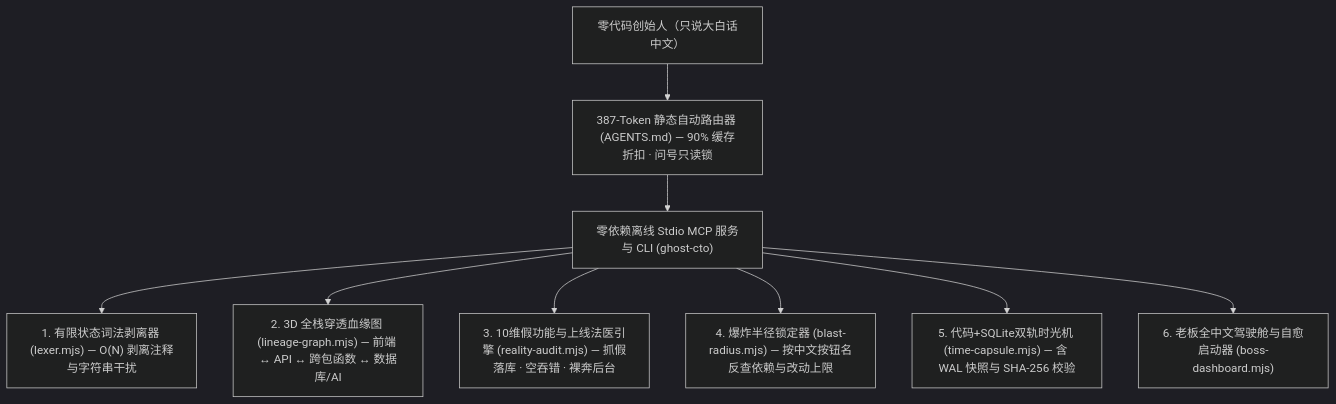
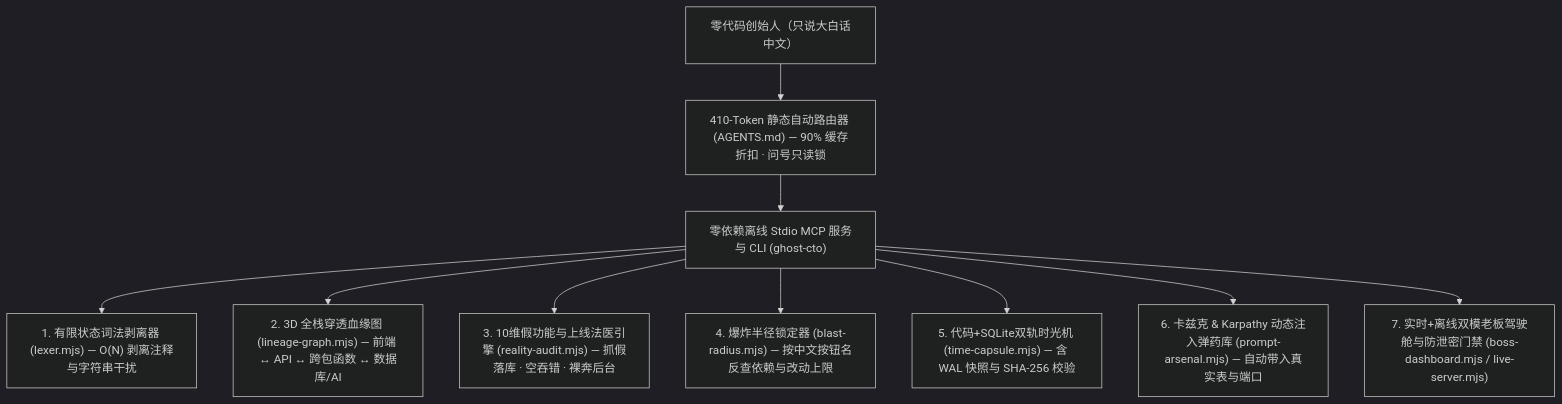
One commit to liyunhu1992-ux/ghost-cto changed the diagram in README.md. Above: the diagram before and after it, drawn with Mermaid (dark theme). The commit also changed other lines of this file and 4 other files, not shown here.

````diff
--- a/README.md
+++ b/README.md
@@ -91,11 +95,12 @@
 ```mermaid
 flowchart TD
-    User["零代码创始人（只说大白话中文）"] --> Router["387-Token 静态自动路由器 (AGENTS.md) — 90% 缓存折扣 · 问号只读锁"]
+    User["零代码创始人（只说大白话中文）"] --> Router["410-Token 静态自动路由器 (AGENTS.md) — 90% 缓存折扣 · 问号只读锁"]
     Router --> MCP["零依赖离线 Stdio MCP 服务与 CLI (ghost-cto)"]
     MCP --> Lexer["1. 有限状态词法剥离器 (lexer.mjs) — O(N) 剥离注释与字符串干扰"]
     MCP --> Lineage["2. 3D 全栈穿透血缘图 (lineage-graph.mjs) — 前端 ↔ API ↔ 跨包函数 ↔ 数据库/AI"]
     MCP --> Audit["3. 10维假功能与上线法医引擎 (reality-audit.mjs) — 抓假落库 · 空吞错 · 裸奔后台"]
     MCP --> Blast["4. 爆炸半径锁定器 (blast-radius.mjs) — 按中文按钮名反查依赖与改动上限"]
     MCP --> Time["5. 代码+SQLite双轨时光机 (time-capsule.mjs) — 含 WAL 快照与 SHA-256 校验"]
-    MCP --> Cockpit["6. 老板全中文驾驶舱与自愈启动器 (boss-dashboard.mjs)"]
+    MCP --> Prompts["6. 卡兹克 & Karpathy 动态注入弹药库 (prompt-arsenal.mjs) — 自动带入真实表与端口"]
+    MCP --> Cockpit["7. 实时+离线双模老板驾驶舱与防泄密门禁 (boss-dashboard.mjs / live-server.mjs)"]
 ```
````
